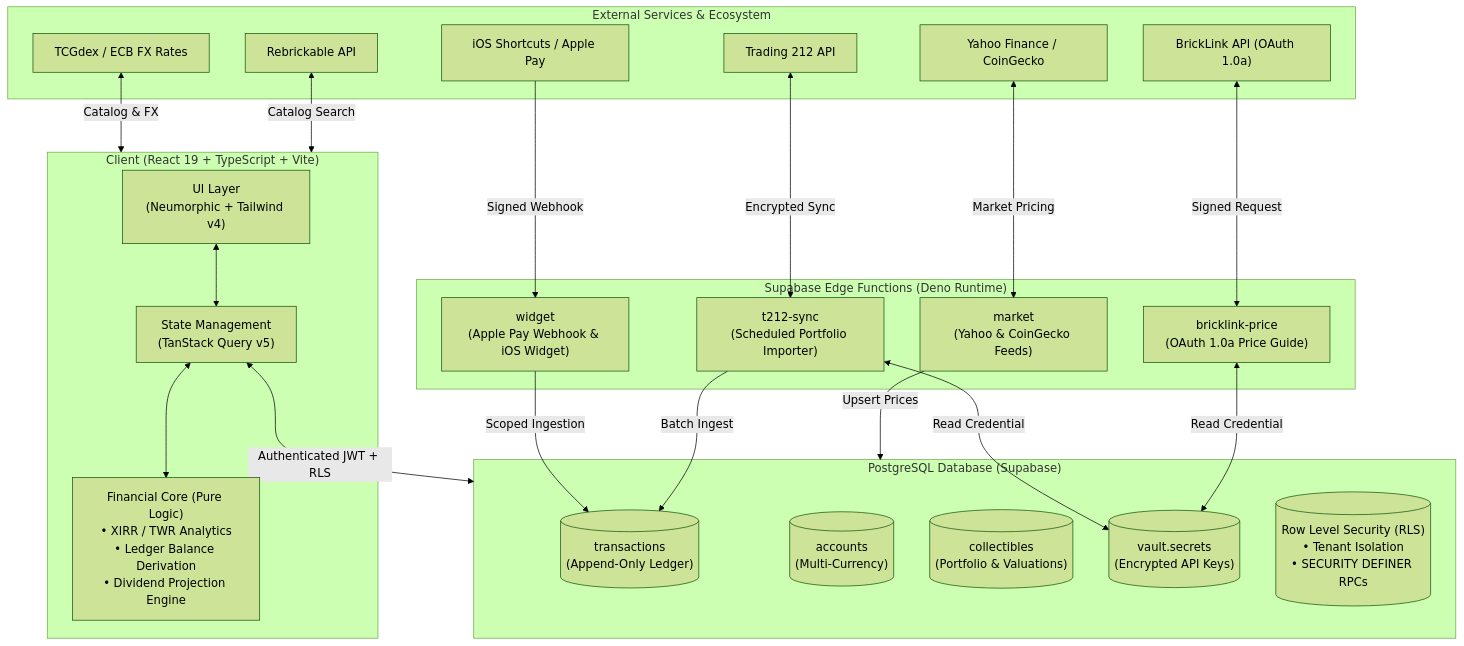
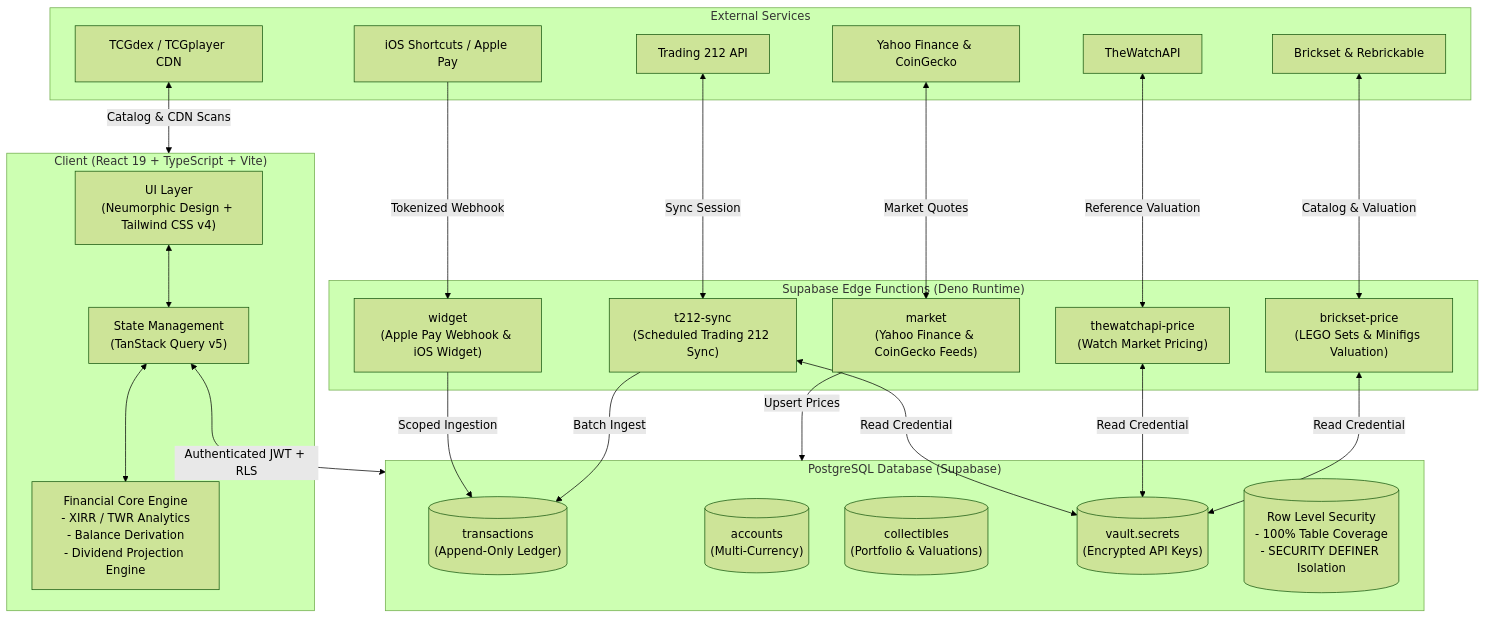
The diagram in README.md (bernam07/strata), drawn with Mermaid (forest theme) before and after one commit. The commit also changed other lines of this file and 13 other files, not shown here.

````diff
--- a/README.md
+++ b/README.md
@@ -65,49 +70,51 @@
 ```mermaid
 flowchart TD
     subgraph Client ["Client (React 19 + TypeScript + Vite)"]
-        UI["UI Layer\n(Neumorphic + Tailwind v4)"]
+        UI["UI Layer\n(Neumorphic Design + Tailwind CSS v4)"]
         State["State Management\n(TanStack Query v5)"]
-        Core["Financial Core (Pure Logic)\n• XIRR / TWR Analytics\n• Ledger Balance Derivation\n• Dividend Projection Engine"]
+        Core["Financial Core Engine\n- XIRR / TWR Analytics\n- Balance Derivation\n- Dividend Projection Engine"]
     end
 
     subgraph Edge ["Supabase Edge Functions (Deno Runtime)"]
-        T212Sync["t212-sync\n(Scheduled Portfolio Importer)"]
-        MarketData["market\n(Yahoo & CoinGecko Feeds)"]
-        BricklinkSync["bricklink-price\n(OAuth 1.0a Price Guide)"]
+        T212Sync["t212-sync\n(Scheduled Trading 212 Sync)"]
+        MarketData["market\n(Yahoo Finance & CoinGecko Feeds)"]
+        WatchSync["thewatchapi-price\n(Watch Market Pricing)"]
+        LegoSync["brickset-price\n(LEGO Sets & Minifigs Valuation)"]
         WidgetHook["widget\n(Apple Pay Webhook & iOS Widget)"]
     end
 
     subgraph Data ["PostgreSQL Database (Supabase)"]
         Ledger[("transactions\n(Append-Only Ledger)")]
         Accounts[("accounts\n(Multi-Currency)")]
         CollectiblesTable[("collectibles\n(Portfolio & Valuations)")]
         Vault[("vault.secrets\n(Encrypted API Keys)")]
-        Policies[("Row Level Security (RLS)\n• Tenant Isolation\n• SECURITY DEFINER RPCs")]
+        Policies[("Row Level Security\n- 100% Table Coverage\n- SECURITY DEFINER Isolation")]
     end
 
-    subgraph External ["External Services & Ecosystem"]
+    subgraph External ["External Services"]
         T212API["Trading 212 API"]
-        Yahoo["Yahoo Finance / CoinGecko"]
-        TCGdex["TCGdex / ECB FX Rates"]
-        BrickLink["BrickLink API (OAuth 1.0a)"]
-        Rebrickable["Rebrickable API"]
+        Yahoo["Yahoo Finance & CoinGecko"]
+        TCGdex["TCGdex / TCGplayer CDN"]
+        Brickset["Brickset & Rebrickable"]
+        TheWatchAPI["TheWatchAPI"]
         ApplePay["iOS Shortcuts / Apple Pay"]
     end
 
-    ApplePay -->|Signed Webhook| WidgetHook
-    T212API <-->|Encrypted Sync| T212Sync
-    Yahoo <-->|Market Pricing| MarketData
-    BrickLink <-->|Signed Request| BricklinkSync
-    TCGdex <-->|Catalog & FX| Client
-    Rebrickable <-->|Catalog Search| Client
+    ApplePay -->|Tokenized Webhook| WidgetHook
+    T212API <-->|Sync Session| T212Sync
+    Yahoo <-->|Market Quotes| MarketData
+    Brickset <-->|Catalog & Valuation| LegoSync
+    TheWatchAPI <-->|Reference Valuation| WatchSync
+    TCGdex <-->|Catalog & CDN Scans| Client
 
     WidgetHook -->|Scoped Ingestion| Ledger
     T212Sync -->|Batch Ingest| Ledger
     T212Sync <-->|Read Credential| Vault
-    BricklinkSync <-->|Read Credential| Vault
+    WatchSync <-->|Read Credential| Vault
+    LegoSync <-->|Read Credential| Vault
     MarketData -->|Upsert Prices| Data
 
     UI <--> State
     State <--> Core
     State <-->|Authenticated JWT + RLS| Data
 ```
````
